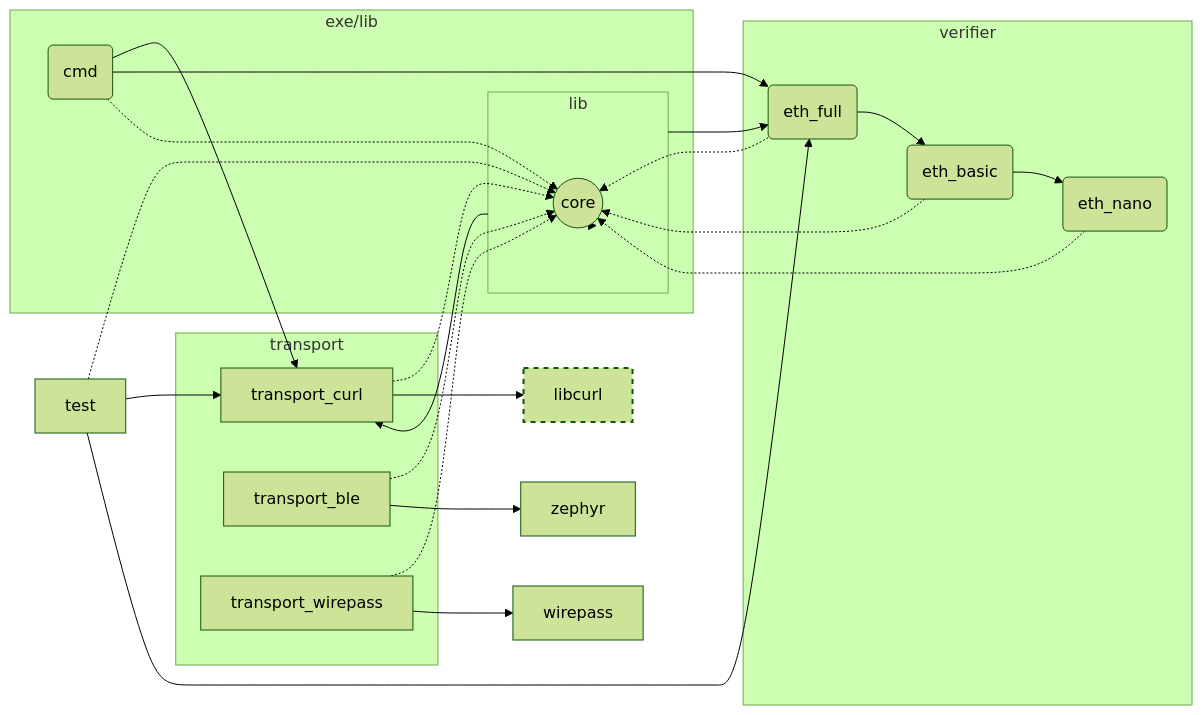
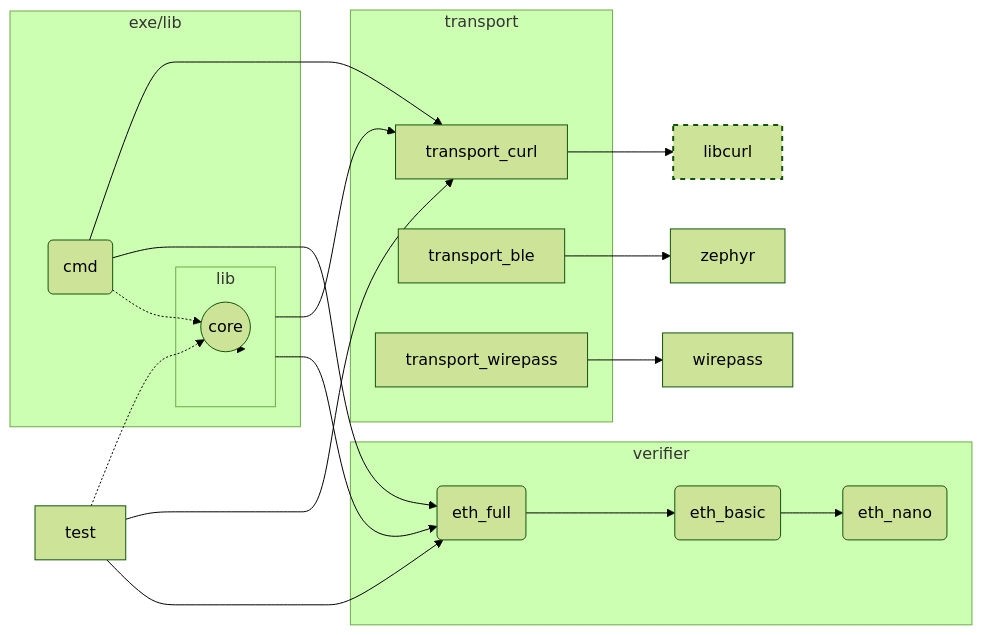
One commit to blockchainsllc/in3 changed the diagram in README.md. Above: the diagram before and after it, drawn with Mermaid (forest theme).

````diff
--- a/README.md
+++ b/README.md
@@ -5,58 +5,52 @@
 ```mermaid
 graph LR
 
+subgraph lib
+   core((core))
+ end
 subgraph exe/lib
      cmd(cmd)
      lib(lib)
  end
 
 subgraph verifier
      eth_full(eth_full)
      eth_basic(eth_basic)
      eth_nano(eth_nano)
  end
 
 subgraph transport
    transport_curl
    transport_ble
    transport_wirepass
  end
-
-subgraph lib
-   core((core))
- end
+ 
+test --> transport_curl
+test --> eth_full
+test -.-> core
 
 
-transport_curl -.-> core
+
 transport_curl --> libcurl
 
-transport_ble -.-> core
 transport_ble --> zephyr
 
-transport_wirepass -.-> core
 transport_wirepass --> wirepass
 
 
 cmd --> transport_curl
 cmd --> eth_full
 cmd -.-> core
 
 lib --> transport_curl
 lib --> eth_full
 lib -.-> core
 
-test --> transport_curl
-test --> eth_full
-test -.-> core
 
-eth_nano -.-> core
-
-eth_basic -.-> core
 eth_basic --> eth_nano
 
-eth_full -.-> core
 eth_full --> eth_basic
 
 style libcurl stroke-width:2px,stroke-dasharray: 5, 5
 
 ```
````
